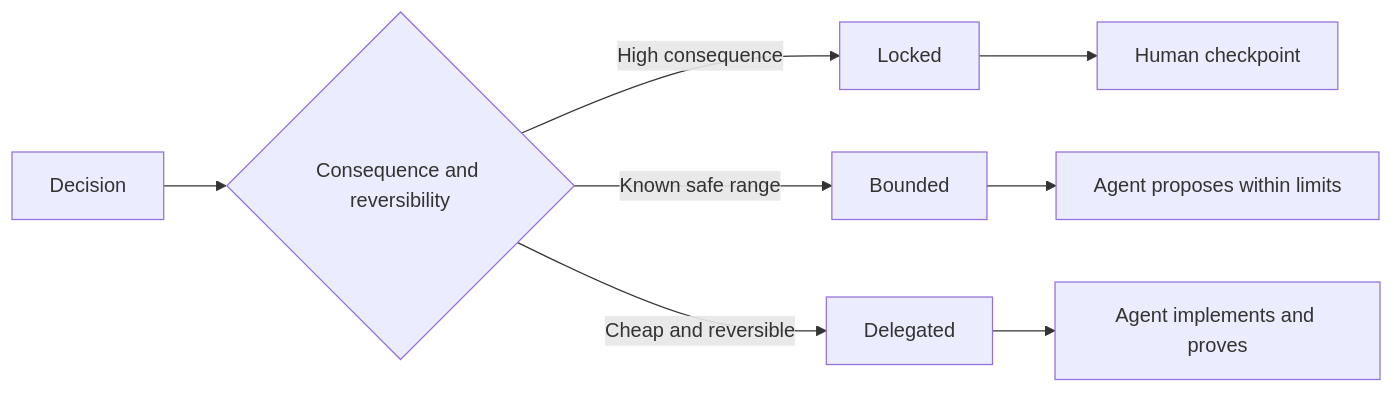
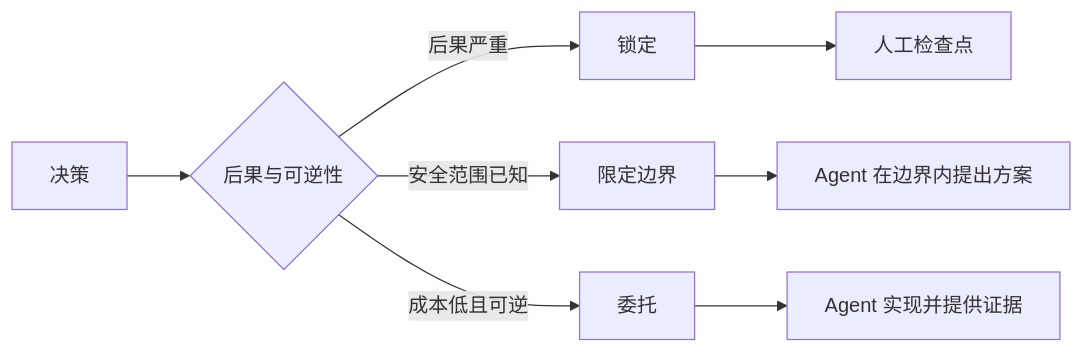
One commit to fancyboi999/ai-engineering-from-scratch-zh changed the diagram in phases/14-agent-engineering/51-write-specifications-that-preserve-judgment/docs/zh.md. Above: the diagram before and after it, drawn with Mermaid. The commit also changed 35 other files, not shown here.

````diff
--- a/phases/14-agent-engineering/51-write-specifications-that-preserve-judgment/docs/zh.md
+++ b/phases/14-agent-engineering/51-write-specifications-that-preserve-judgment/docs/zh.md
@@ -38,10 +38,10 @@
 ```mermaid
 flowchart LR
-  D[Decision] --> C{Consequence and reversibility}
-  C -->|High consequence| L[Locked]
-  C -->|Known safe range| B[Bounded]
-  C -->|Cheap and reversible| A[Delegated]
-  L --> H[Human checkpoint]
-  B --> P[Agent proposes within limits]
-  A --> I[Agent implements and proves]
+  D[决策] --> C{后果与可逆性}
+  C -->|后果严重| L[锁定]
+  C -->|安全范围已知| B[限定边界]
+  C -->|成本低且可逆| A[委托]
+  L --> H[人工检查点]
+  B --> P[Agent 在边界内提出方案]
+  A --> I[Agent 实现并提供证据]
 ```
````
